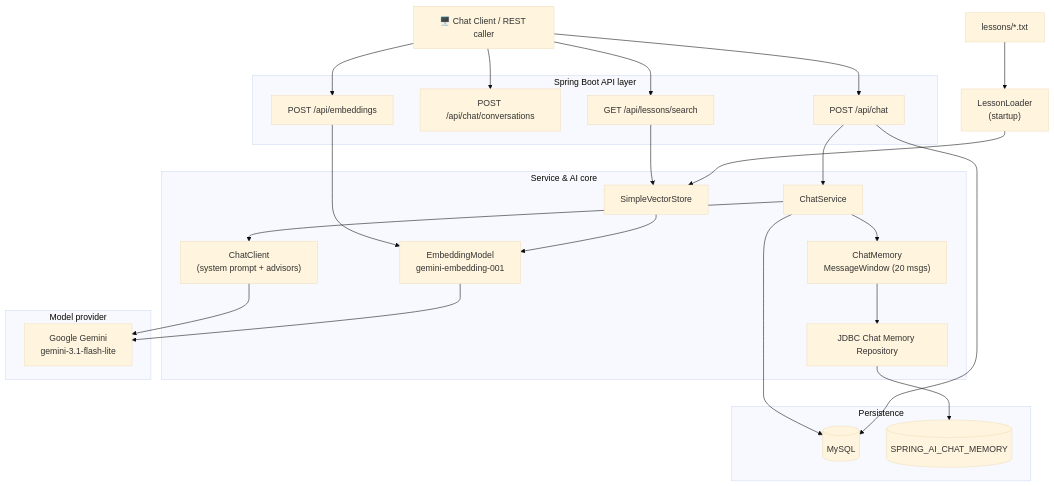
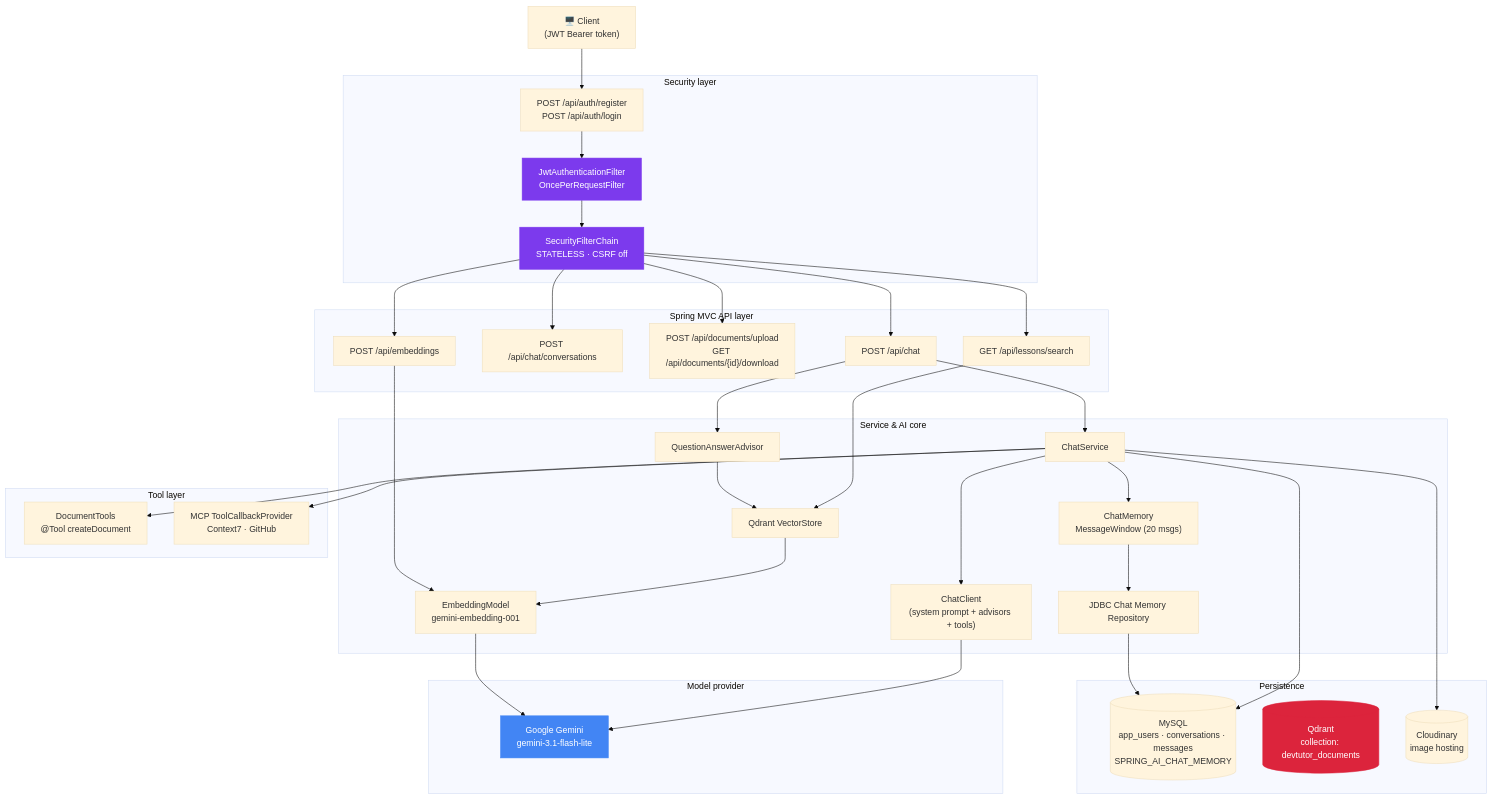
Before and after one commit to Ayoub717542/DevGuide_AI: the first of 3 diagrams in README.md, drawn with Mermaid (base theme). The commit also changed other lines of this file, not shown here.

````diff
--- a/README.md
+++ b/README.md
@@ -52,43 +70,64 @@
 ```mermaid
 flowchart TD
-    Client["🖥️ Chat Client / REST caller"]
+    Client["🖥️ Client<br/>(JWT Bearer token)"]
 
-    subgraph API["Spring Boot API layer"]
+    subgraph SEC["Security layer"]
+        Auth["POST /api/auth/register<br/>POST /api/auth/login"]
+        Filter["JwtAuthenticationFilter<br/>OncePerRequestFilter"]
+        Chain["SecurityFilterChain<br/>STATELESS · CSRF off"]
+    end
+
+    subgraph API["Spring MVC API layer"]
         Chat["POST /api/chat"]
         Conv["POST /api/chat/conversations"]
+        Docs["POST /api/documents/upload<br/>GET /api/documents/{id}/download"]
         Lessons["GET /api/lessons/search"]
         Embed["POST /api/embeddings"]
     end
 
     subgraph Core["Service & AI core"]
         Service["ChatService"]
-        ChatClient["ChatClient<br/>(system prompt + advisors)"]
+        ChatClient["ChatClient<br/>(system prompt + advisors + tools)"]
         Memory["ChatMemory<br/>MessageWindow (20 msgs)"]
         MemoryRepo["JDBC Chat Memory Repository"]
-        Vec["SimpleVectorStore"]
+        QA["QuestionAnswerAdvisor"]
+        Vec["Qdrant VectorStore"]
         Emb["EmbeddingModel<br/>gemini-embedding-001"]
     end
 
+    subgraph TOOLS["Tool layer"]
+        DocTool["DocumentTools<br/>@Tool createDocument"]
+        McpTools["MCP ToolCallbackProvider<br/>Context7 · GitHub"]
+    end
+
     subgraph Data["Persistence"]
-        MySQL[("MySQL")]
-        MemTable[("SPRING_AI_CHAT_MEMORY")]
+        MySQL[("MySQL<br/>app_users · conversations · messages<br/>SPRING_AI_CHAT_MEMORY")]
+        Qdrant[("Qdrant<br/>collection: devtutor_documents")]
+        Cloud[("Cloudinary<br/>image hosting")]
     end
 
     subgraph Model["Model provider"]
         Gemini["Google Gemini<br/>gemini-3.1-flash-lite"]
     end
 
-    Client --> Chat & Conv & Lessons & Embed
+    Client --> Auth
+    Auth --> Filter --> Chain
+    Chain --> Chat & Conv & Docs & Lessons & Embed
     Chat --> Service --> ChatClient
     Service --> Memory
-    Memory --> MemoryRepo --> MemTable
-    ChatClient --> Gemini
+    Service --> DocTool
+    Service --> McpTools
+    Chat --> QA --> Vec
     Lessons --> Vec
     Embed --> Emb
     Vec --> Emb --> Gemini
+    Memory --> MemoryRepo --> MySQL
     Service --> MySQL
-    Chat --> MySQL
+    Service --> Cloud
+    ChatClient --> Gemini
 
-    Loader["LessonLoader<br/>(startup)"] --> Vec
-    Resources["lessons/*.txt"] --> Loader
+    style Filter fill:#7C3AED,color:#fff,stroke:#7C3AED
+    style Chain fill:#7C3AED,color:#fff,stroke:#7C3AED
+    style Gemini fill:#4285F4,color:#fff,stroke:#4285F4
+    style Qdrant fill:#DC243C,color:#fff,stroke:#DC243C
 ```
````
